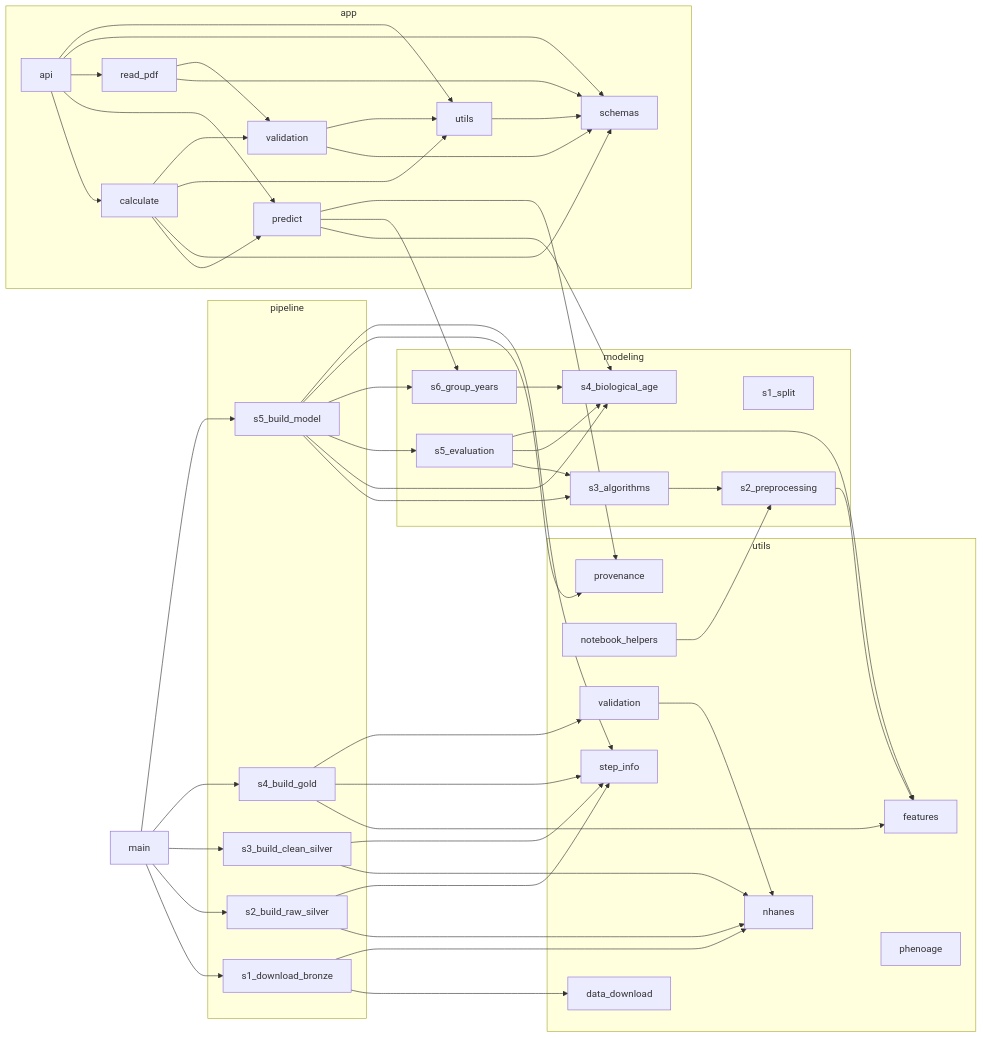
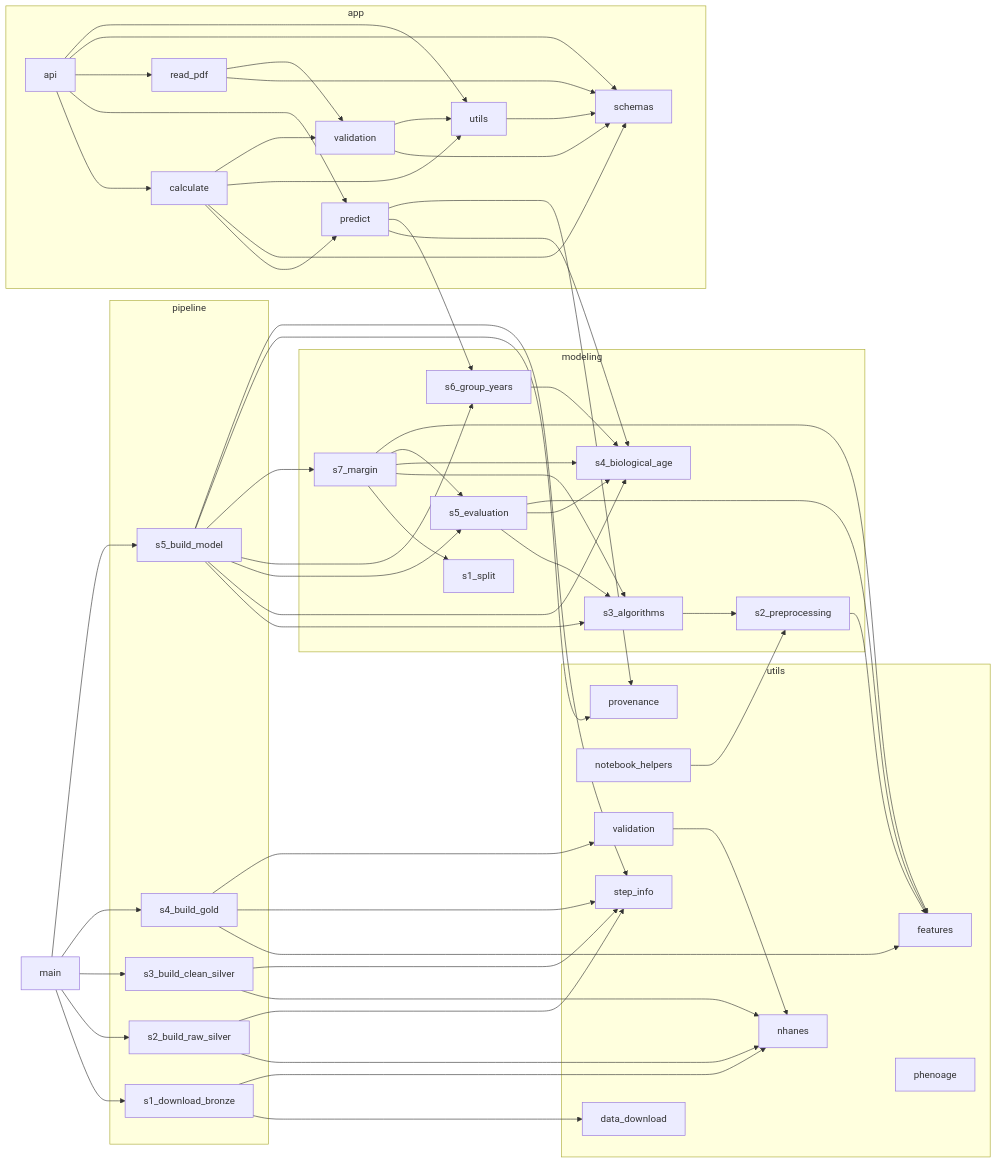
One commit to rubengil-dev/TFM---Evolve changed the diagram in docs/import_graph.md. Above: the diagram before and after it, drawn with Mermaid. The commit also changed 30 other files, not shown here.

First line of the commit message:
feat(modeling): measure the margin and the data needed when training

```diff
--- a/docs/import_graph.md
+++ b/docs/import_graph.md
@@ -21,6 +21,7 @@
     modeling_s4_biological_age[s4_biological_age]
     modeling_s5_evaluation[s5_evaluation]
     modeling_s6_group_years[s6_group_years]
+    modeling_s7_margin[s7_margin]
   end
   subgraph pipeline
     pipeline_s1_download_bronze[s1_download_bronze]
@@ -68,6 +69,11 @@
   modeling_s5_evaluation --> modeling_s4_biological_age
   modeling_s5_evaluation --> utils_features
   modeling_s6_group_years --> modeling_s4_biological_age
+  modeling_s7_margin --> modeling_s1_split
+  modeling_s7_margin --> modeling_s3_algorithms
+  modeling_s7_margin --> modeling_s4_biological_age
+  modeling_s7_margin --> modeling_s5_evaluation
+  modeling_s7_margin --> utils_features
   pipeline_s1_download_bronze --> utils_data_download
   pipeline_s1_download_bronze --> utils_nhanes
   pipeline_s2_build_raw_silver --> utils_nhanes
@@ -81,6 +87,7 @@
   pipeline_s5_build_model --> modeling_s4_biological_age
   pipeline_s5_build_model --> modeling_s5_evaluation
   pipeline_s5_build_model --> modeling_s6_group_years
+  pipeline_s5_build_model --> modeling_s7_margin
   pipeline_s5_build_model --> utils_provenance
   pipeline_s5_build_model --> utils_step_info
   utils_notebook_helpers --> modeling_s2_preprocessing
```
